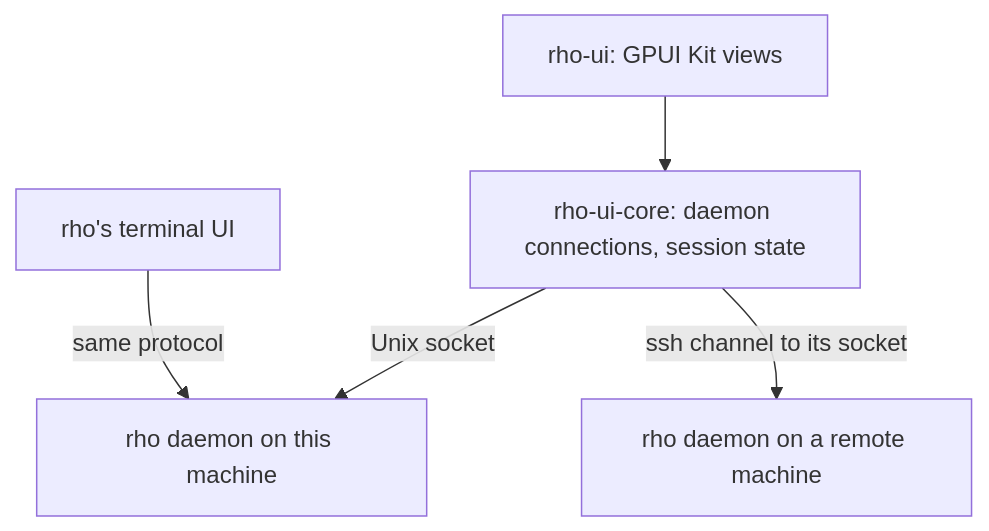
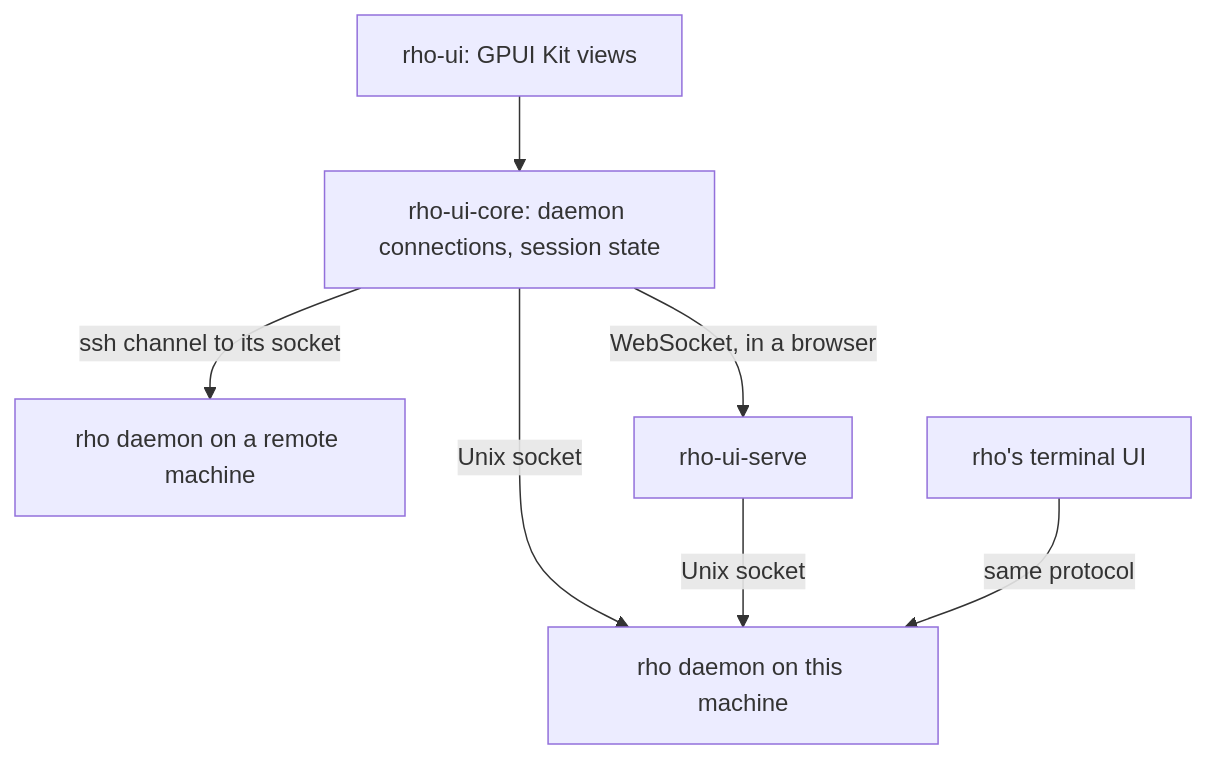
One commit to matthewyjiang/rho-ui changed the diagram in docs/architecture.md. Above: the diagram before and after it, drawn with Mermaid. The commit also changed other lines of this file and 72 other files, not shown here.

````diff
--- a/docs/architecture.md
+++ b/docs/architecture.md
@@ -5,7 +5,9 @@
 ```mermaid
 flowchart TD
     UI["rho-ui: GPUI Kit views"] --> Core["rho-ui-core: daemon connections, session state"]
     Core -->|"Unix socket"| Local["rho daemon on this machine"]
     Core -->|"ssh channel to its socket"| Remote["rho daemon on a remote machine"]
+    Core -->|"WebSocket, in a browser"| Serve["rho-ui-serve"]
+    Serve -->|"Unix socket"| Local
     TUI["rho's terminal UI"] -->|"same protocol"| Local
 ```
````
